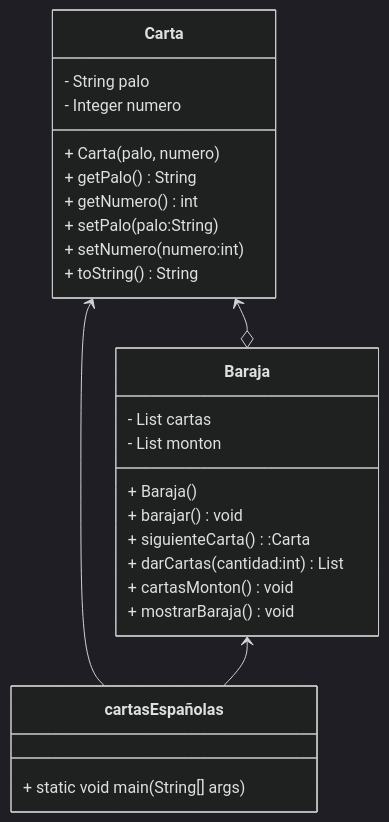
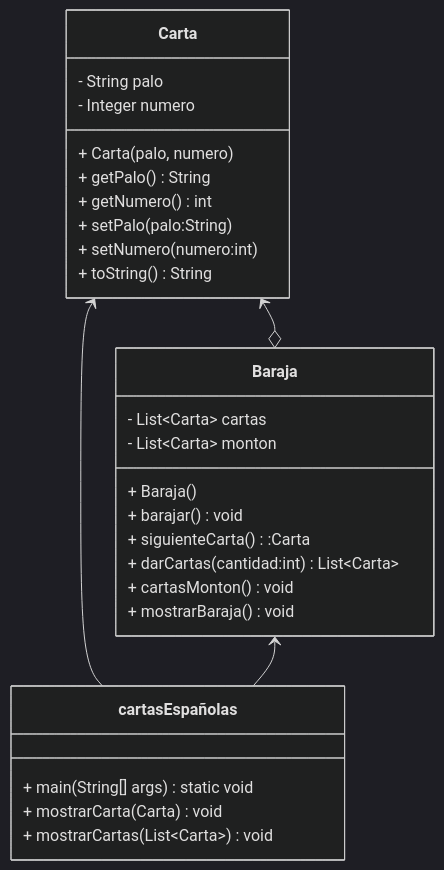
One commit to HollmannCod3/Actividad-aulica-1 changed the diagram in uml-class-diagram.md. Above: the diagram before and after it, drawn with Mermaid (dark theme).

Commit message:
Arreglar la sintaxis de las listas

````diff
--- a/uml-class-diagram.md
+++ b/uml-class-diagram.md
@@ -1,32 +1,37 @@
 ```mermaid
 classDiagram
     class Carta{
         - String palo
         - Integer numero
         + Carta(palo, numero)
         + getPalo() String
         + getNumero() int
         + setPalo(palo:String)
         + setNumero(numero:int)
         + toString()String
     }
 
     class Baraja {
-        - List<Carta> cartas
-        - List<Carta> monton
+        - List~Carta~ cartas
+        - List~Carta~ monton
         + Baraja()
         + barajar() void
         + siguienteCarta():Carta
-        + darCartas(cantidad:int) List<Carta>
+        + darCartas(cantidad:int) List~Carta~
         + cartasMonton() void
         + mostrarBaraja() void
 
     }
     Carta <--o Baraja
     Carta <-- cartasEspañolas
     Baraja <-- cartasEspañolas
 
 
 
-cartas Españolas: + static void main(String[] args)
+    class cartasEspañolas{
+        + main(String[] args) static void
+
+        + mostrarCarta(Carta) void
+        + mostrarCartas(List~Carta~) void
+    }
 ```
````
